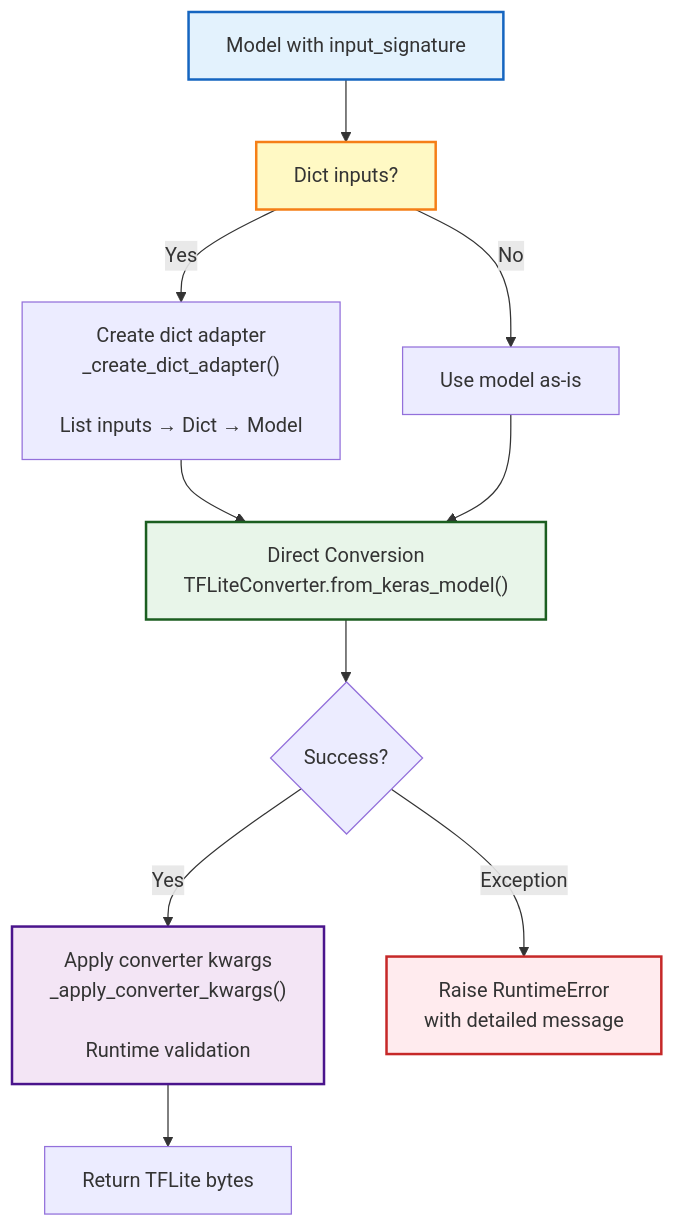
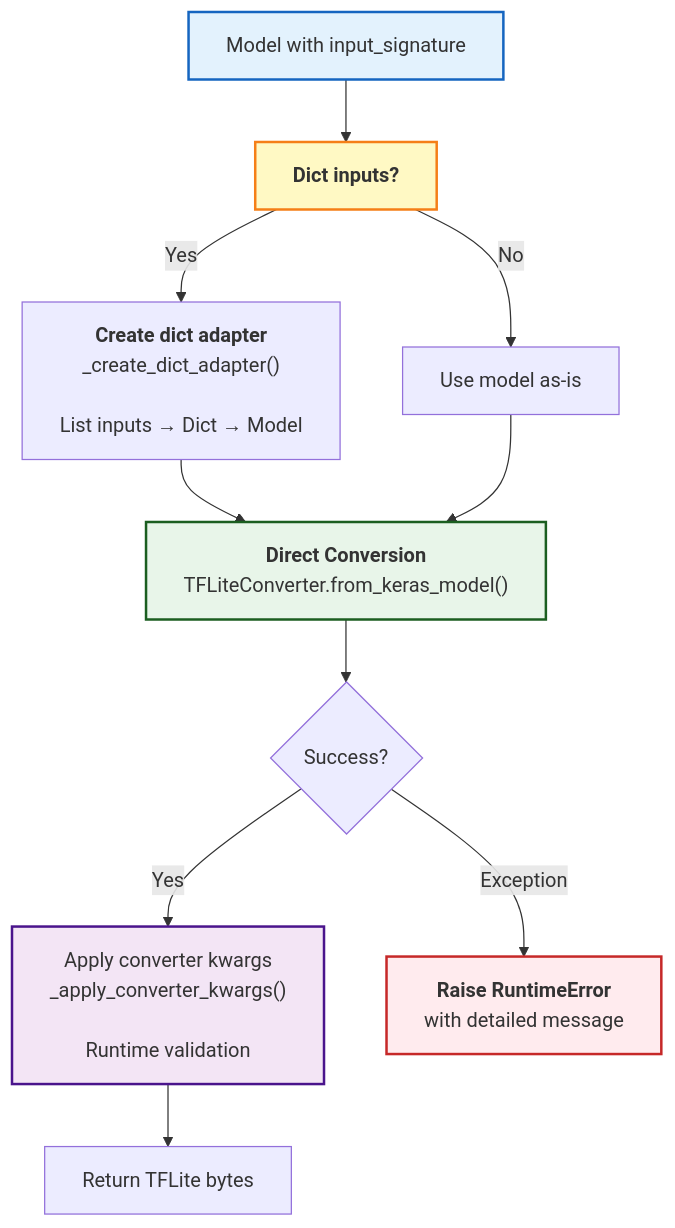
One commit to pctablet505/litert-export-docs changed the fourth of 6 diagrams in LiteRT Export design doc reviewed.md. Above: the diagram before and after it, drawn with Mermaid. The commit also changed other lines of this file, not shown here.

````diff
--- a/LiteRT Export design doc reviewed.md
+++ b/LiteRT Export design doc reviewed.md
@@ -375,28 +375,28 @@
 ```mermaid
 flowchart TD
     A["Model with input_signature"]
-    B["Dict inputs?"]
-    C["Create dict adapter<br/>_create_dict_adapter()<br/><br/>List inputs → Dict → Model"]
+    B["<b>Dict inputs?</b>"]
+    C["<b>Create dict adapter</b><br/>_create_dict_adapter()<br/><br/>List inputs → Dict → Model"]
     D["Use model as-is"]
-    E["Direct Conversion<br/>TFLiteConverter.from_keras_model()"]
+    E["<b>Direct Conversion</b><br/>TFLiteConverter.from_keras_model()"]
     F{Success?}
     G["Apply converter kwargs<br/>_apply_converter_kwargs()<br/><br/>Runtime validation"]
     H["Return TFLite bytes"]
-    I["Raise RuntimeError<br/>with detailed message"]
+    I["<b>Raise RuntimeError</b><br/>with detailed message"]
     
     A --> B
     B -->|Yes| C
     B -->|No| D
     C --> E
     D --> E
     E --> F
     F -->|Yes| G
     F -->|Exception| I
     G --> H
     
     style A fill:#e3f2fd,stroke:#1565c0,stroke-width:2px
     style B fill:#fff9c4,stroke:#f57f17,stroke-width:2px
     style E fill:#e8f5e9,stroke:#1b5e20,stroke-width:2px
     style I fill:#ffebee,stroke:#c62828,stroke-width:2px
     style G fill:#f3e5f5,stroke:#4a148c,stroke-width:2px
 ```
````
